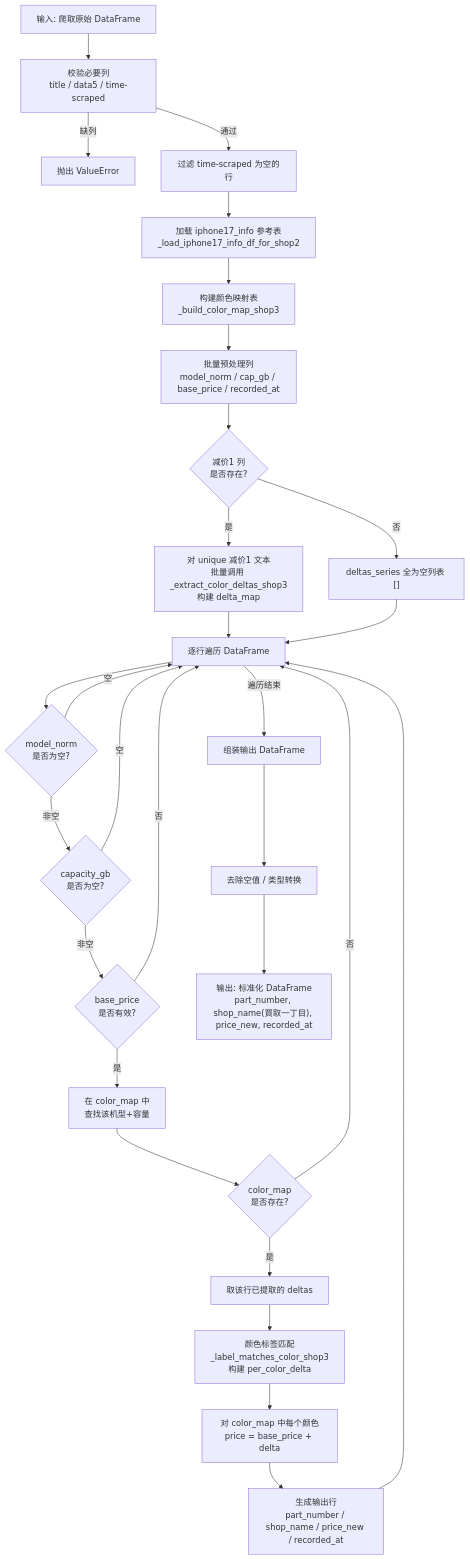
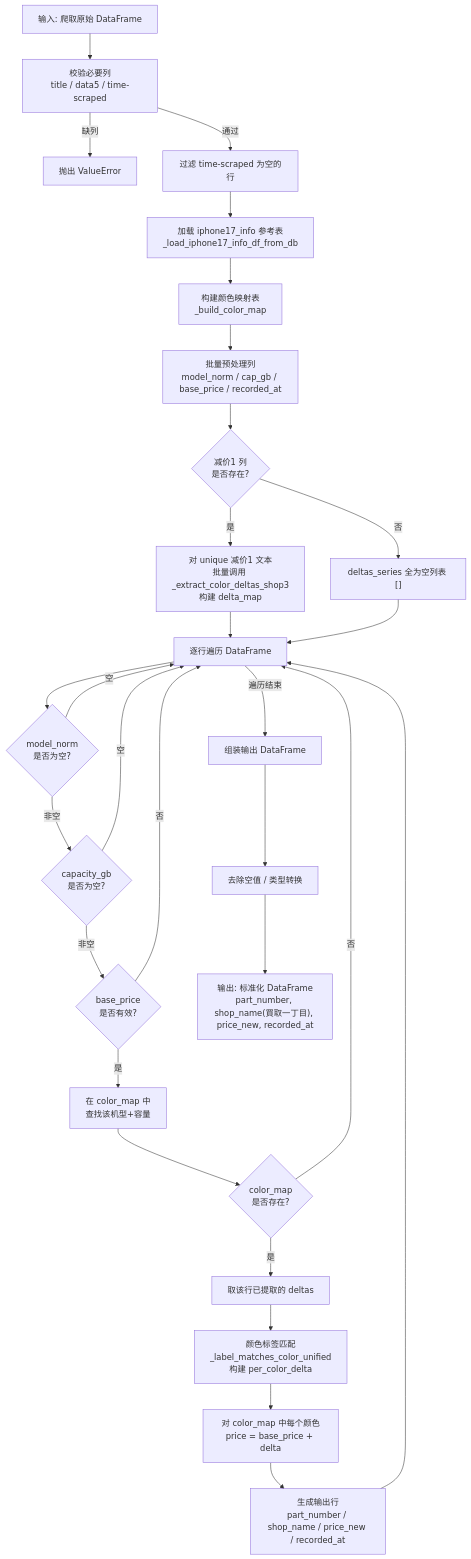
The first of 11 diagrams in doc_shop/shop3_cleaner.md (zhujiansamuel/YamagotiProjects), drawn with Mermaid before and after one commit. The commit also changed other lines of this file and 44 other files, not shown here.

````diff
--- a/doc_shop/shop3_cleaner.md
+++ b/doc_shop/shop3_cleaner.md
@@ -12,37 +12,37 @@
 ```mermaid
 flowchart TD
     A[输入: 爬取原始 DataFrame] --> B[校验必要列\ntitle / data5 / time-scraped]
     B -->|缺列| B1[抛出 ValueError]
     B -->|通过| B2[过滤 time-scraped 为空的行]
-    B2 --> C[加载 iphone17_info 参考表\n_load_iphone17_info_df_for_shop2]
-    C --> D[构建颜色映射表\n_build_color_map_shop3]
+    B2 --> C[加载 iphone17_info 参考表\n_load_iphone17_info_df_from_db]
+    C --> D[构建颜色映射表\n_build_color_map]
     D --> E0[批量预处理列\nmodel_norm / cap_gb / base_price / recorded_at]
     E0 --> E1{减价1 列\n是否存在?}
     E1 -->|是| E2[对 unique 减价1 文本\n批量调用 _extract_color_deltas_shop3\n构建 delta_map]
     E1 -->|否| E3["deltas_series 全为空列表 []"]
     E2 --> E[逐行遍历 DataFrame]
     E3 --> E
 
     E --> F{model_norm\n是否为空?}
     F -->|空| E
     F -->|非空| G{capacity_gb\n是否为空?}
 
     G -->|空| E
     G -->|非空| H{base_price\n是否有效?}
 
     H -->|否| E
     H -->|是| I[在 color_map 中\n查找该机型+容量]
 
     I --> J{color_map\n是否存在?}
     J -->|否| E
     J -->|是| K[取该行已提取的 deltas]
 
-    K --> L[颜色标签匹配\n_label_matches_color_shop3\n构建 per_color_delta]
+    K --> L[颜色标签匹配\n_label_matches_color_unified\n构建 per_color_delta]
     L --> M[对 color_map 中每个颜色\nprice = base_price + delta]
     M --> N[生成输出行\npart_number / shop_name / price_new / recorded_at]
     N --> E
 
     E -->|遍历结束| O[组装输出 DataFrame]
     O --> P[去除空值 / 类型转换]
     P --> Q["输出: 标准化 DataFrame\npart_number, shop_name(買取一丁目), price_new, recorded_at"]
 ```
````
